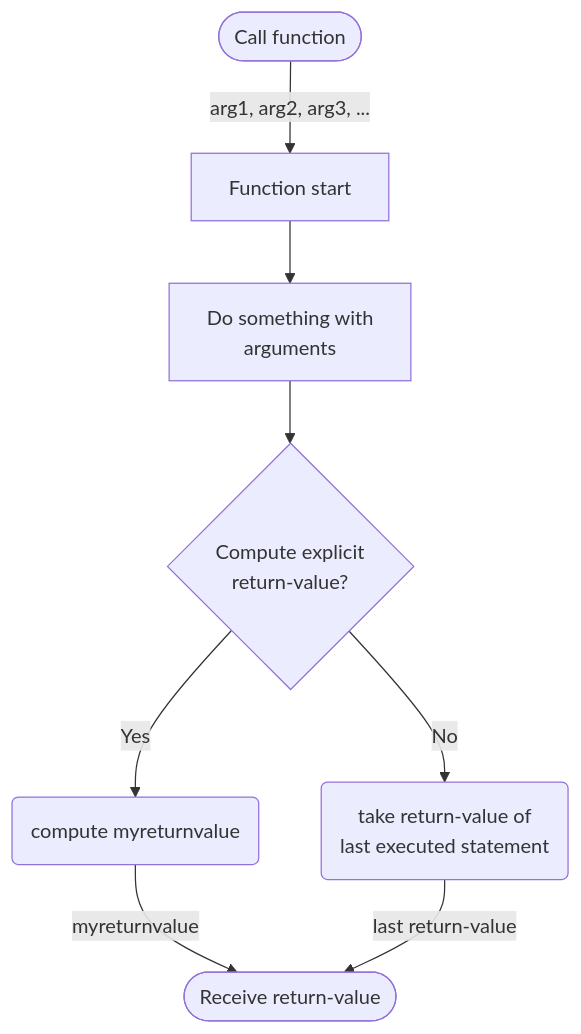
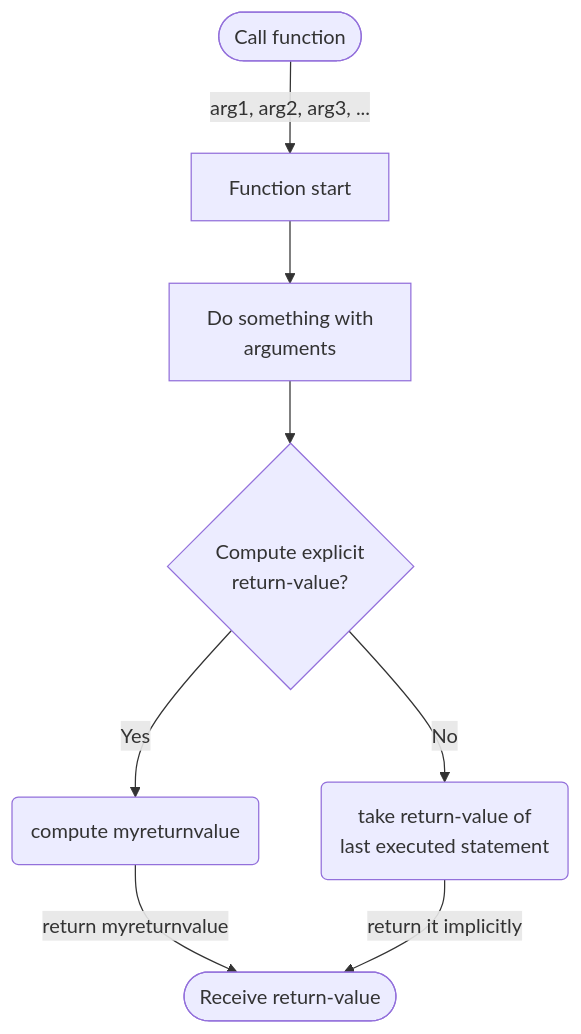
One commit to dietmaroelz/ProgrammingCourse-with-Julia-SimulationAnalysisAndLearningSystems changed diagram 11 of 11 in quarto/lecture-unit-1.qmd. Above: the diagram before and after it, drawn with Mermaid. The commit also changed other lines of this file and 15 other files, not shown here.

````diff
--- a/quarto/lecture-unit-1.qmd
+++ b/quarto/lecture-unit-1.qmd
@@ -984,11 +1023,11 @@
 ```{mermaid}
 %%{init: { 'flowchart': { 'scale': 0.5 } } }%%
 flowchart TD
     Start(["Call function"]) --> |arg1, arg2, arg3, ...|FuncStart["Function start"]
     FuncStart --> Process["Do something with<br/>arguments"]
     Process --> Check{Compute explicit<br> return-value?}
     Check --> |Yes| Return("compute myreturnvalue")
     Check --> |No| Default("take return-value of<br/>last executed statement")
-    Return --> |myreturnvalue| End([Receive return-value])
-    Default --> |last return-value| End([Receive return-value])
+    Return --> |return myreturnvalue| End([Receive return-value])
+    Default --> |return it implicitly| End([Receive return-value])
 ```
````
